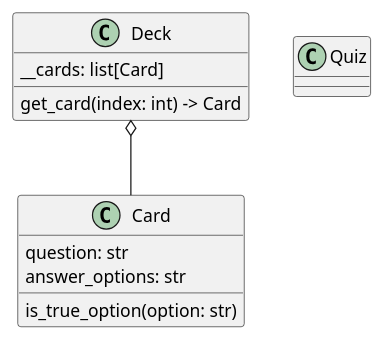
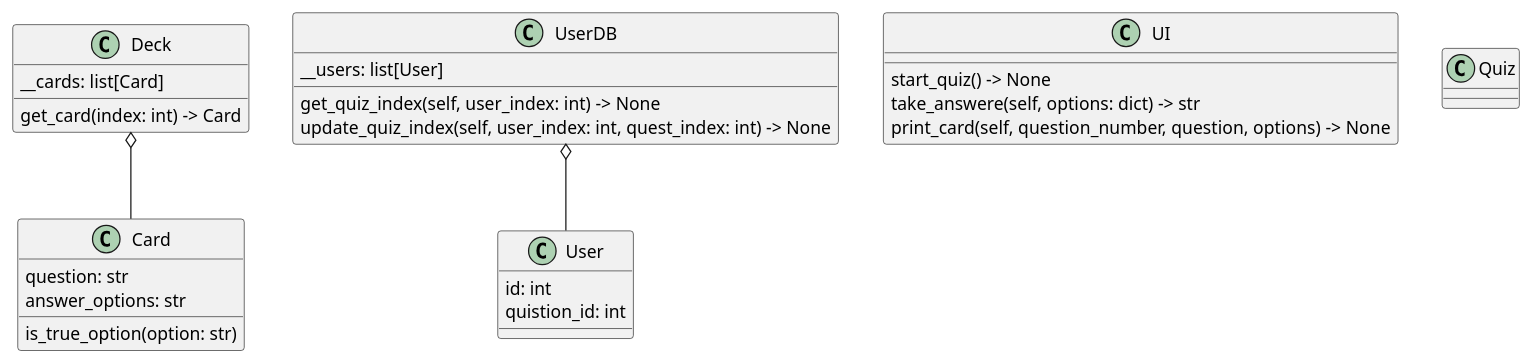
One commit to ScionOfHeavens/FOUNDER_TASKS changed the diagram in SchemeUML.md. Above: the diagram before and after it, drawn with PlantUML. The commit also changed 1 other file, not shown here.

Commit message:
User interface was added(UI)

```diff
--- a/SchemeUML.md
+++ b/SchemeUML.md
@@ -1,19 +1,37 @@
 @startuml
 class Card{
     question: str
     answer_options: str
     is_true_option(option: str)
 }
 
 class Deck{
     __cards: list[Card]
     get_card(index: int) -> Card
 }
 
+class User{
+    id: int
+    quistion_id: int
+}
+
+class UserDB{
+    __users: list[User]
+    get_quiz_index(self, user_index: int) -> None
+    update_quiz_index(self, user_index: int, quest_index: int) -> None
+}
+
+class UI{
+    start_quiz() -> None
+    take_answere(self, options: dict) -> str
+    print_card(self, question_number, question, options) -> None
+}
+
 class Quiz{
     
 }
 
 Deck o-- Card
+UserDB o-- User
 
 @enduml
```
